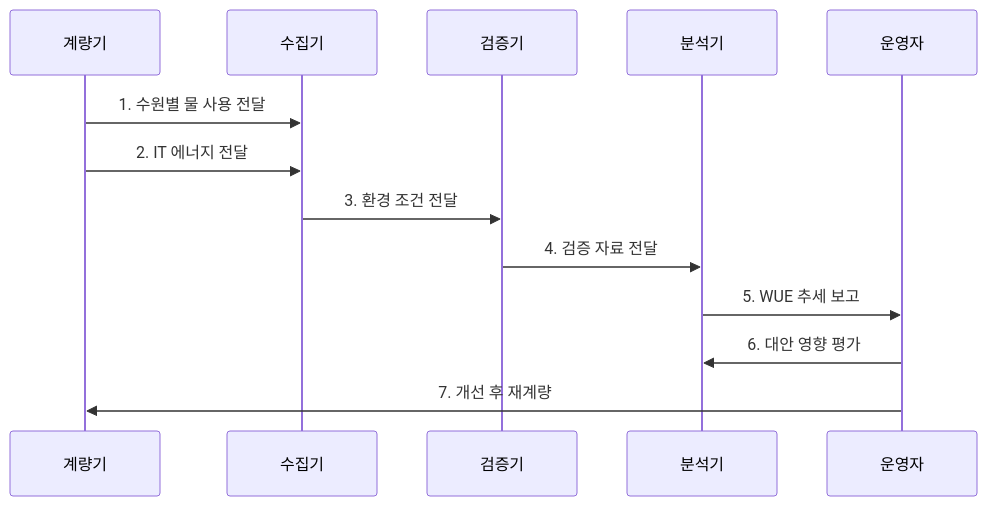
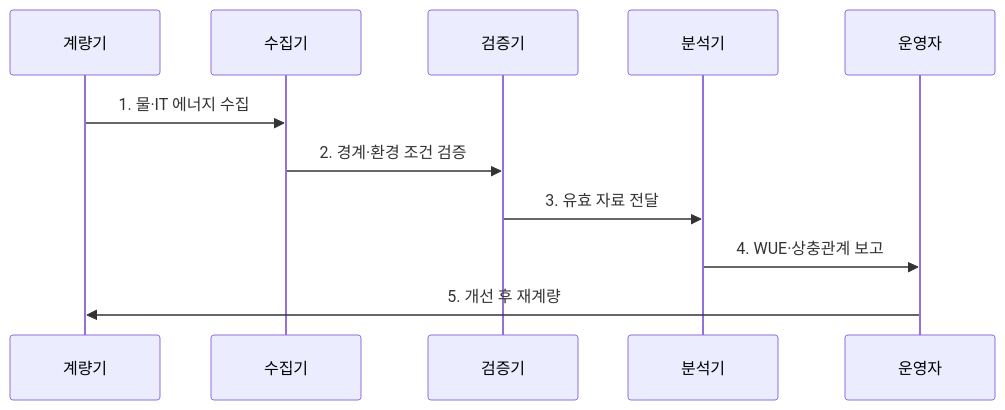
Before and after one commit to agnusdei1207/knowledge-base: the second of 2 diagrams in src/content/docs/notes/02-hardware/059_water_usage_effectiveness.md, drawn with Mermaid. The commit also changed other lines of this file and 86 other files, not shown here.

````diff
--- a/src/content/docs/notes/02-hardware/059_water_usage_effectiveness.md
+++ b/src/content/docs/notes/02-hardware/059_water_usage_effectiveness.md
@@ -87,16 +87,14 @@
 ```mermaid
 sequenceDiagram
     participant M as 계량기
     participant C as 수집기
     participant V as 검증기
     participant A as 분석기
     participant O as 운영자
 
-    M->>C: 1. 수원별 물 사용 전달
-    M->>C: 2. IT 에너지 전달
-    C->>V: 3. 환경 조건 전달
-    V->>A: 4. 검증 자료 전달
-    A->>O: 5. WUE 추세 보고
-    O->>A: 6. 대안 영향 평가
-    O->>M: 7. 개선 후 재계량
+    M->>C: 1. 물·IT 에너지 수집
+    C->>V: 2. 경계·환경 조건 검증
+    V->>A: 3. 유효 자료 전달
+    A->>O: 4. WUE·상충관계 보고
+    O->>M: 5. 개선 후 재계량
 ```
````
